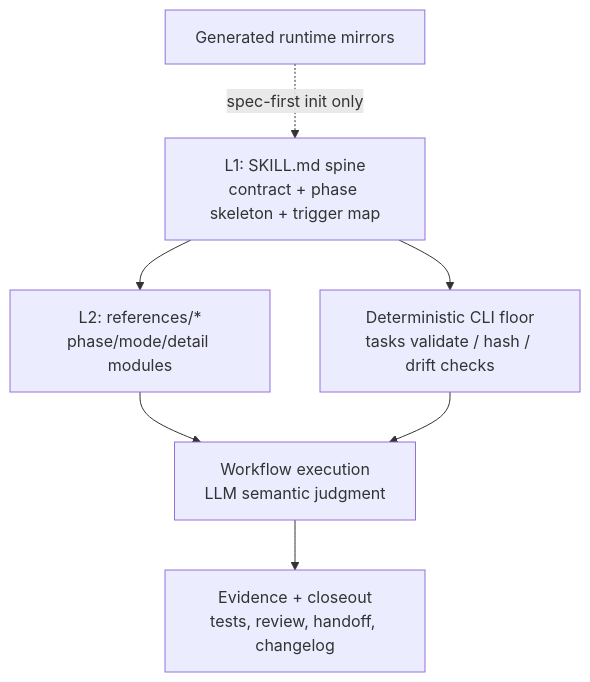
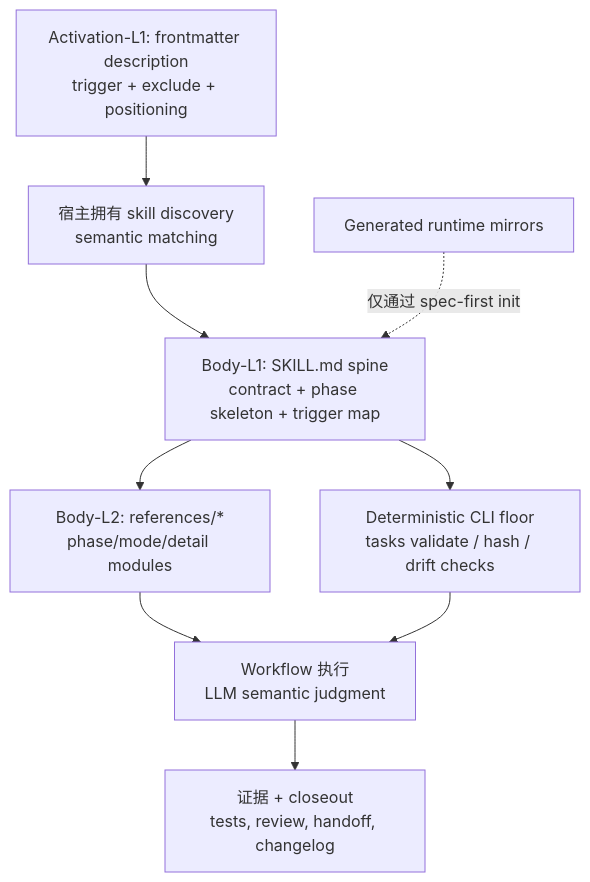
The first of 2 diagrams in docs/plans/2026-07-06-001-refactor-skill-prompt-slimming-plan.md (leo-kuang-ai/spec-first), drawn with Mermaid before and after one commit. The commit also changed other lines of this file and 4 other files, not shown here.

First line of the commit message:
refactor(update): 收敛 runtime refresh 父 workspace 分支 + skill-slimming 计划/审查文档更新

````diff
--- a/docs/plans/2026-07-06-001-refactor-skill-prompt-slimming-plan.md
+++ b/docs/plans/2026-07-06-001-refactor-skill-prompt-slimming-plan.md
@@ -269,9 +299,11 @@
 ```mermaid
 flowchart TB
-  A["L1: SKILL.md spine<br/>contract + phase skeleton + trigger map"] --> B["L2: references/*<br/>phase/mode/detail modules"]
+  G["Activation-L1: frontmatter description<br/>trigger + exclude + positioning"] --> H["宿主拥有 skill discovery<br/>semantic matching"]
+  H --> A["Body-L1: SKILL.md spine<br/>contract + phase skeleton + trigger map"]
+  A --> B["Body-L2: references/*<br/>phase/mode/detail modules"]
   A --> C["Deterministic CLI floor<br/>tasks validate / hash / drift checks"]
-  B --> D["Workflow execution<br/>LLM semantic judgment"]
+  B --> D["Workflow 执行<br/>LLM semantic judgment"]
   C --> D
-  D --> E["Evidence + closeout<br/>tests, review, handoff, changelog"]
-  F["Generated runtime mirrors"] -. "spec-first init only" .-> A
+  D --> E["证据 + closeout<br/>tests, review, handoff, changelog"]
+  F["Generated runtime mirrors"] -. "仅通过 spec-first init" .-> A
 ```
````
